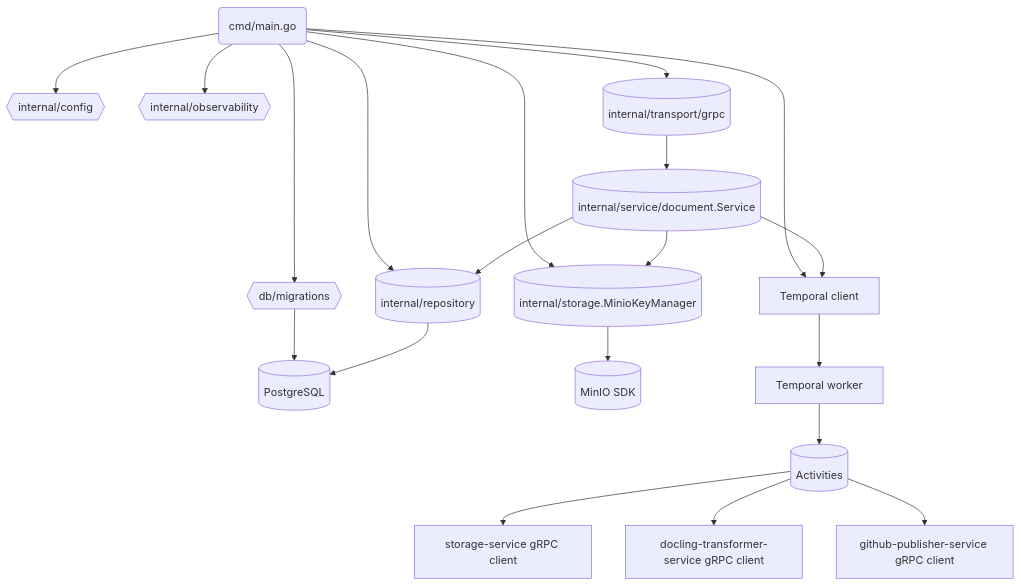
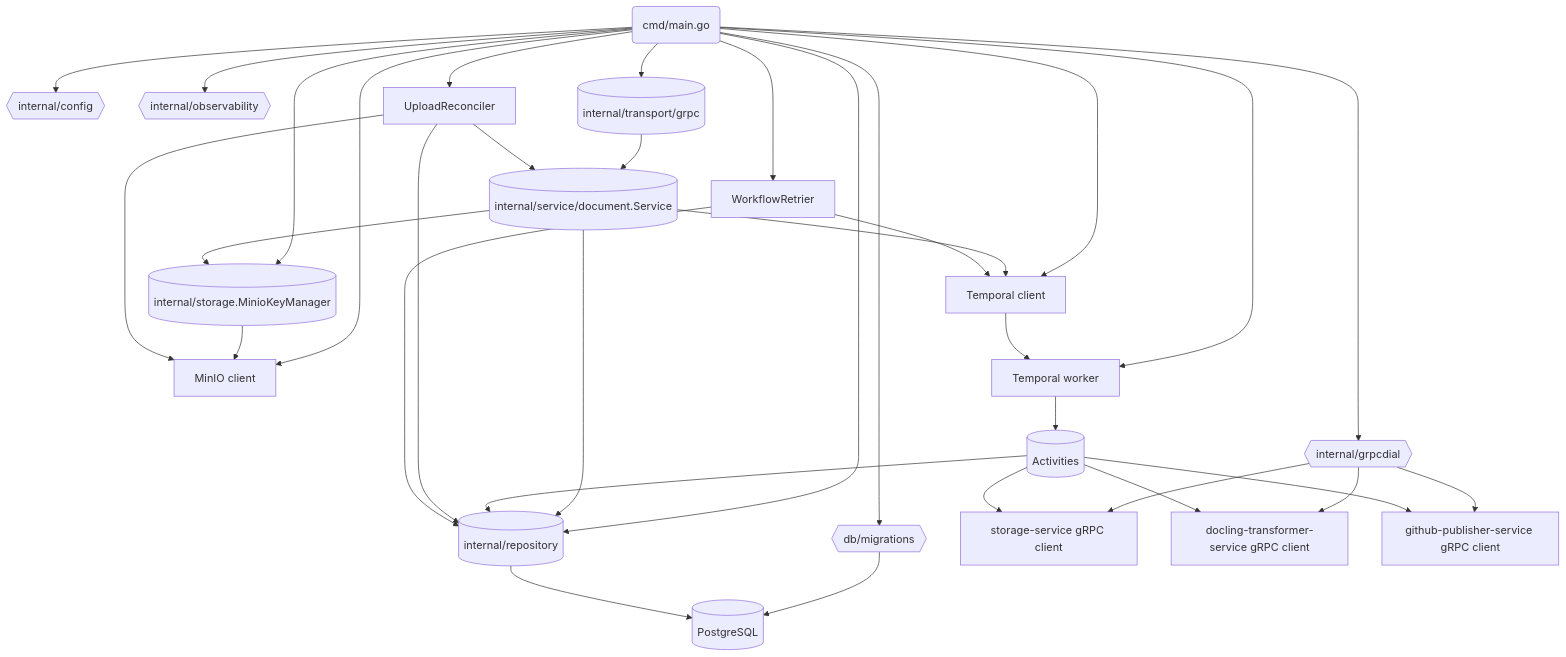
Before and after one commit to FedorovTeam/mono-repo: the diagram in backend/document-service/code.md, drawn with Mermaid. The commit also changed other lines of this file, not shown here.

Commit message:
Update architecture documentation

````diff
--- a/backend/document-service/code.md
+++ b/backend/document-service/code.md
@@ -3,25 +3,42 @@
 ```mermaid
 flowchart TD
     main("cmd/main.go") --> configLoader{{"internal/config"}}
     main --> observability{{"internal/observability"}}
     main --> migrations{{"db/migrations"}}
     main --> repo
+    main --> minioClient["MinIO client"]
+    main --> grpcDial{{"internal/grpcdial"}}
     main --> keyManager
     main --> temporalClient["Temporal client"]
+    main --> worker["Temporal worker"]
+    main --> uploadReconciler["UploadReconciler"]
+    main --> workflowRetrier["WorkflowRetrier"]
     main --> grpcServer
 
     migrations --> db[(PostgreSQL)]
     repo[(internal/repository)] --> db
-    keyManager[(internal/storage.MinioKeyManager)] --> minio[(MinIO SDK)]
+    keyManager[(internal/storage.MinioKeyManager)] --> minioClient
+
+    grpcDial --> storageClient["storage-service gRPC client"]
+    grpcDial --> transformerClient["docling-transformer-service gRPC client"]
+    grpcDial --> publisherClient["github-publisher-service gRPC client"]
 
     grpcServer[(internal/transport/grpc)] --> service
     service[(internal/service/document.Service)] --> repo
     service --> keyManager
     service --> temporalClient
 
-    temporalClient --> worker["Temporal worker"]
     worker --> activities[(Activities)]
-    activities --> storageClient["storage-service gRPC client"]
-    activities --> transformerClient["docling-transformer-service gRPC client"]
-    activities --> publisherClient["github-publisher-service gRPC client"]
+    temporalClient --> worker
+    activities --> repo
+    activities --> storageClient
+    activities --> transformerClient
+    activities --> publisherClient
+
+    uploadReconciler --> repo
+    uploadReconciler --> minioClient
+    uploadReconciler --> service
+
+    workflowRetrier --> repo
+    workflowRetrier --> temporalClient
 ```
````
